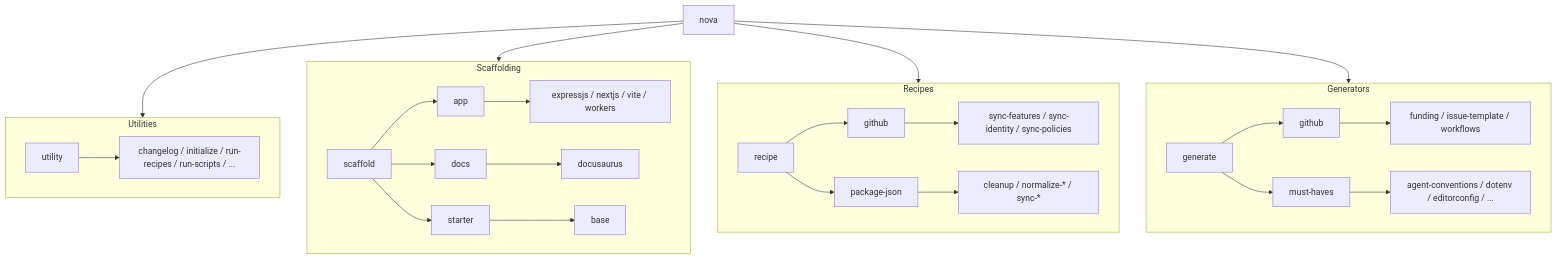
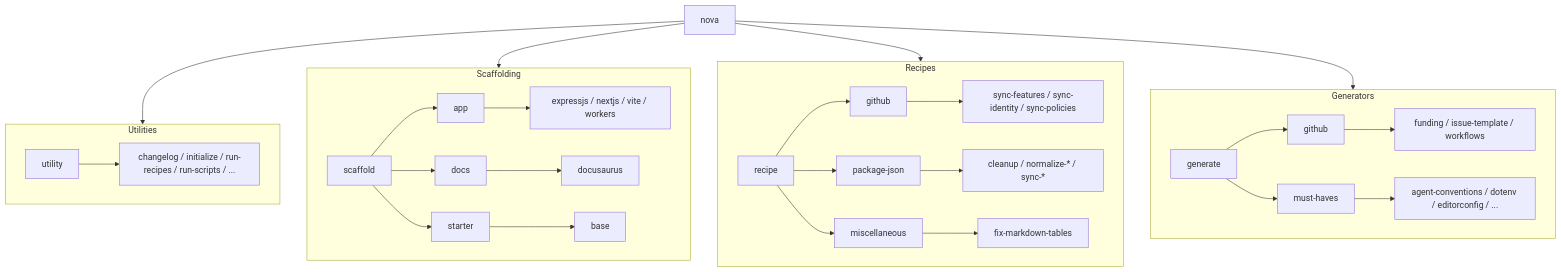
One commit to cbnventures/nova changed the diagram in apps/docs/docs/cli/index.mdx. Above: the diagram before and after it, drawn with Mermaid. The commit also changed other lines of this file and 59 other files, not shown here.

````diff
--- a/apps/docs/docs/cli/index.mdx
+++ b/apps/docs/docs/cli/index.mdx
@@ -61,31 +61,32 @@
 ```mermaid
 flowchart TD
     CLI[nova] --> GEN[generate]
     CLI --> RCP[recipe]
     CLI --> SCAF[scaffold]
     CLI --> UTIL[utility]
 
     subgraph Generators
         direction LR
         GEN --> GH[github] --> GH1[funding / issue-template / workflows]
         GEN --> MUST[must-haves] --> MUST1[agent-conventions / dotenv / editorconfig / ...]
     end
 
     subgraph Recipes
         direction LR
         RCP --> GHR[github] --> GHR1[sync-features / sync-identity / sync-policies]
         RCP --> PKG[package-json] --> PKG1[cleanup / normalize-* / sync-*]
+        RCP --> MISC[miscellaneous] --> MISC1[fix-markdown-tables]
     end
 
     subgraph Scaffolding
         direction LR
         SCAF --> APP[app] --> APP1[expressjs / nextjs / vite / workers]
         SCAF --> DOCS[docs] --> DOCS1[docusaurus]
         SCAF --> START[starter] --> START1[base]
     end
 
     subgraph Utilities
         direction LR
         UTIL --> UTIL1[changelog / initialize / run-recipes / run-scripts / ...]
     end
 ```
````
